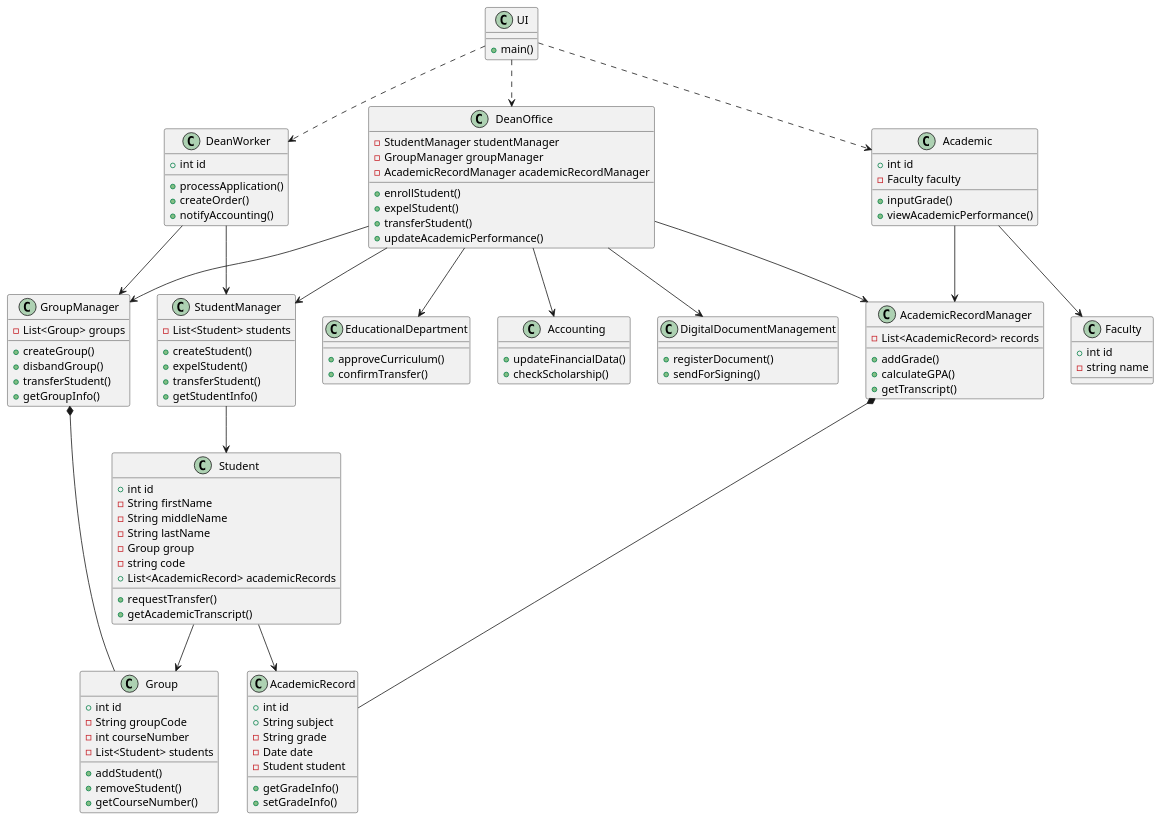
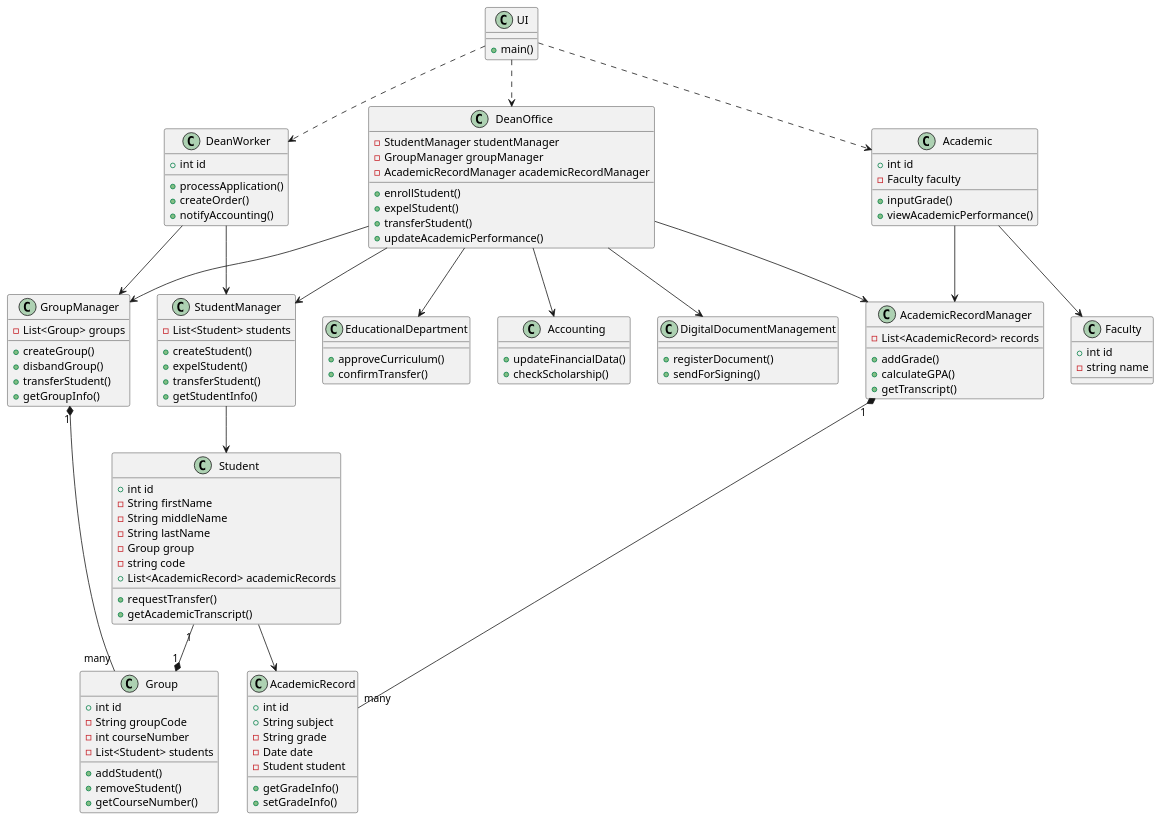
The diagram in Модель предметной области.md (penamarth/bsbo-01-23_team3_var4_dekanat), drawn with PlantUML before and after one commit.

Commit message:
Добавлены отношения "1 к 1" и "1 ко многим"

```diff
--- a/Модель предметной области.md
+++ b/Модель предметной области.md
@@ -113,10 +113,10 @@
 DeanOffice --> AcademicRecordManager
 
 StudentManager --> Student
-GroupManager *-- Group
-AcademicRecordManager *-- AcademicRecord
+GroupManager "1" *-- "many" Group
+AcademicRecordManager "1" *-- "many" AcademicRecord
 
-Student --> Group
+Student "1" --* "1" Group
 Student --> AcademicRecord
 
 Academic --> AcademicRecordManager
```
